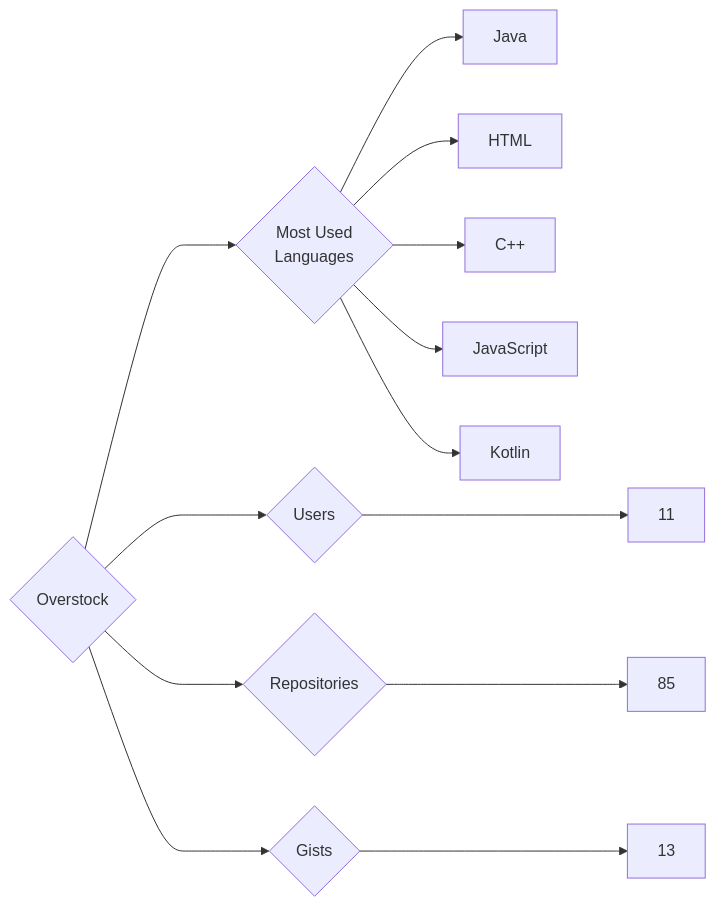
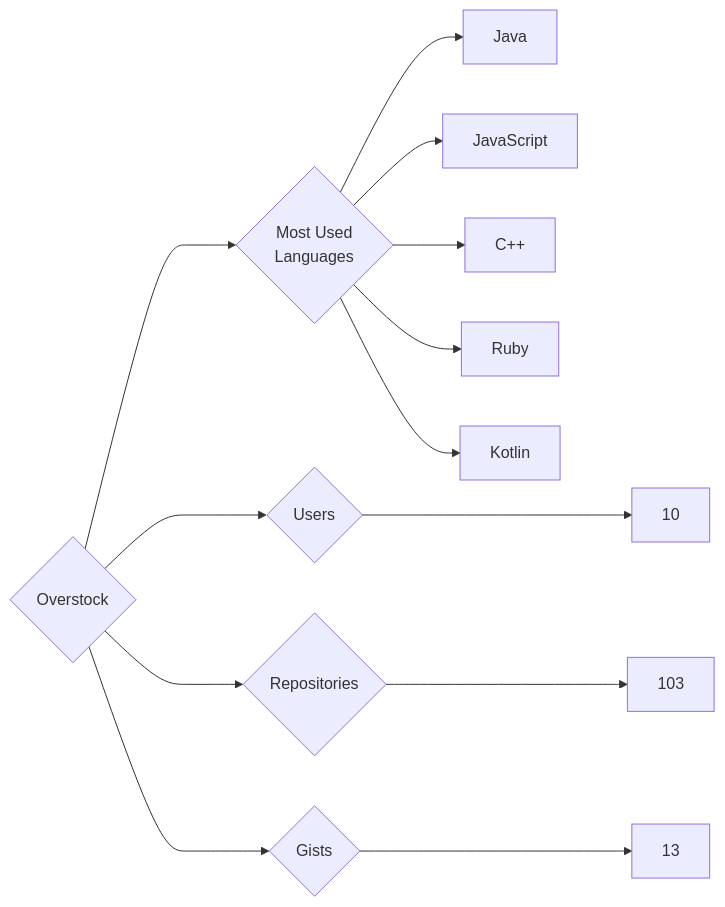
Before and after one commit to trickest/insiders: the diagram in targets/Overstock/README.md, drawn with Mermaid. The commit also changed 1248 other files, not shown here.

````diff
--- a/targets/Overstock/README.md
+++ b/targets/Overstock/README.md
@@ -3,13 +3,13 @@
 ```mermaid
 graph LR
 COMPANY_NAME{Overstock}
-COMPANY_NAME ---> U{Users} ---> UN[11]
-COMPANY_NAME ---> R{Repositories} ---> RN[85]
+COMPANY_NAME ---> U{Users} ---> UN[10]
+COMPANY_NAME ---> R{Repositories} ---> RN[103]
 COMPANY_NAME ---> G{Gists} ---> GN[13]
 COMPANY_NAME ---> ML{Most Used<br>Languages}
 ML --> Java[Java]
-ML --> HTML[HTML]
+ML --> JavaScript[JavaScript]
 ML --> C++[C++]
-ML --> JavaScript[JavaScript]
+ML --> Ruby[Ruby]
 ML --> Kotlin[Kotlin]
 ```
````
